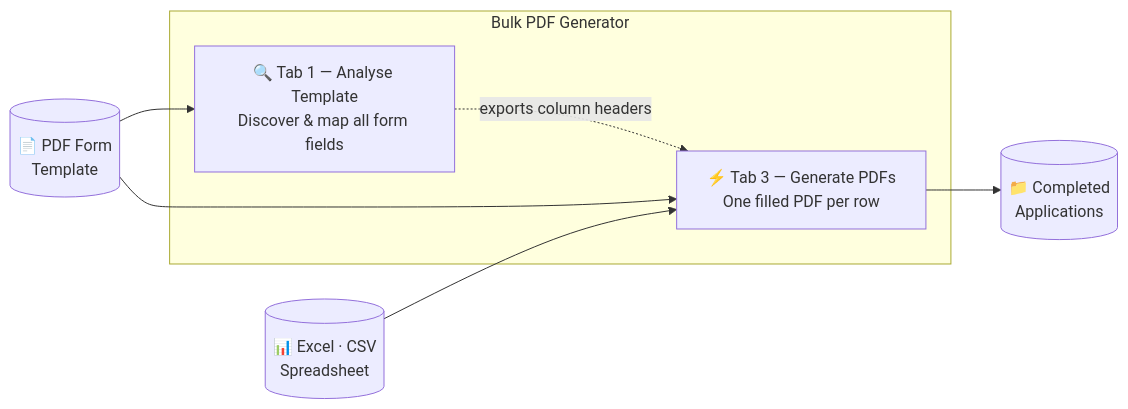
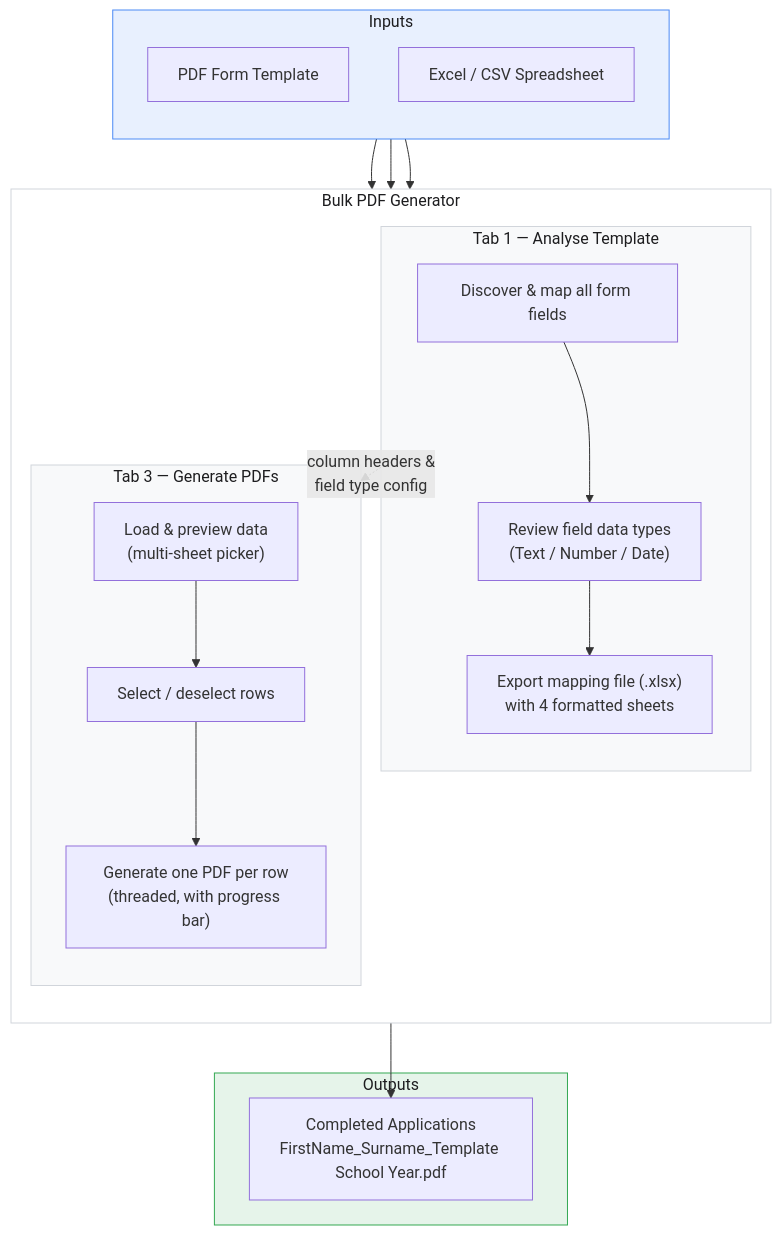
One commit to mrdavearms/bulk-pdf-extractor-and-generator changed the first of 2 diagrams in README.md. Above: the diagram before and after it, drawn with Mermaid. The commit also changed other lines of this file and 2 other files, not shown here.

First line of the commit message:
feat: add field type audit, date handling, cross-platform fixes, and README overhaul

````diff
--- a/README.md
+++ b/README.md
@@ -48,14 +51,43 @@
 ```mermaid
-flowchart LR
-    PDF[("📄 PDF Form\nTemplate")] --> Analyse
-    PDF --> Generate
-    Data[("📊 Excel · CSV\nSpreadsheet")] --> Generate
-
-    subgraph app["  Bulk PDF Generator  "]
-        Analyse["🔍 Tab 1 — Analyse Template\nDiscover & map all form fields"]
-        Generate["⚡ Tab 3 — Generate PDFs\nOne filled PDF per row"]
-        Analyse -. "exports column headers" .-> Generate
+flowchart TB
+    subgraph inputs ["Inputs"]
+        direction TB
+        PDF["PDF Form Template"]
+        XLS["Excel / CSV Spreadsheet"]
     end
 
-    Generate --> Output[("📁 Completed\nApplications")]
+    subgraph app ["Bulk PDF Generator"]
+        direction TB
+
+        subgraph tab1 ["Tab 1 — Analyse Template"]
+            Analyse["Discover & map all form fields"]
+            Audit["Review field data types\n(Text / Number / Date)"]
+            Export["Export mapping file (.xlsx)\nwith 4 formatted sheets"]
+            Analyse --> Audit --> Export
+        end
+
+        subgraph tab3 ["Tab 3 — Generate PDFs"]
+            Load["Load & preview data\n(multi-sheet picker)"]
+            Select["Select / deselect rows"]
+            Gen["Generate one PDF per row\n(threaded, with progress bar)"]
+            Load --> Select --> Gen
+        end
+
+        tab1 -. "column headers &\nfield type config" .-> tab3
+    end
+
+    subgraph outputs ["Outputs"]
+        Folder["Completed Applications\nFirstName_Surname_Template School Year.pdf"]
+    end
+
+    PDF --> Analyse
+    PDF --> Gen
+    XLS --> Load
+    Gen --> Folder
+
+    style inputs fill:#e8f0fe,stroke:#4c8bf5,color:#1d1d1f
+    style app fill:#ffffff,stroke:#d1d5db,color:#1d1d1f
+    style outputs fill:#e6f4ea,stroke:#34a853,color:#1d1d1f
+    style tab1 fill:#f8f9fa,stroke:#d1d5db,color:#1d1d1f
+    style tab3 fill:#f8f9fa,stroke:#d1d5db,color:#1d1d1f
 ```
````
